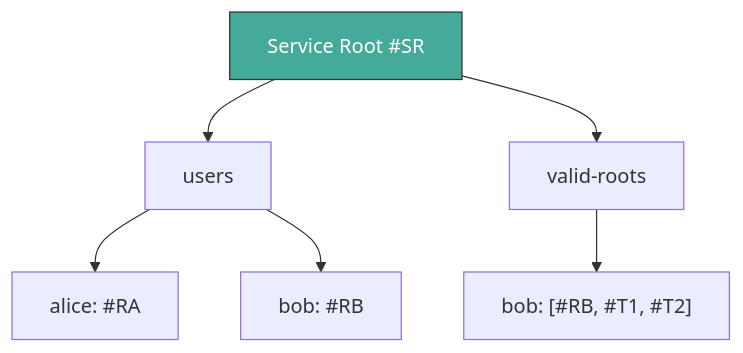
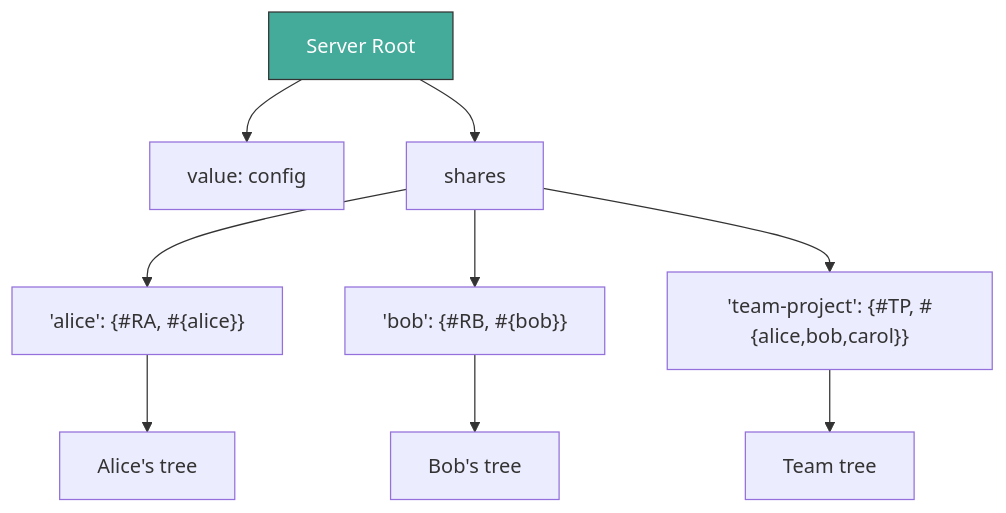
The eighth of 9 diagrams in docs/authorization-design.md (jclaggett/dacite), drawn with Mermaid before and after one commit. The commit also changed other lines of this file, not shown here.

First line of the commit message:
Replace PR model with shares map — unified sharing mechanism (§7)

````diff
--- a/docs/authorization-design.md
+++ b/docs/authorization-design.md
@@ -458,9 +396,12 @@
 ```mermaid
 graph TD
-    SR["Service Root #SR"] --> U["users"]
-    SR --> VR["valid-roots"]
-    U --> AE["alice: #RA"]
-    U --> BE["bob: #RB"]
-    VR --> BT["bob: [#RB, #T1, #T2]"]
+    SR["Server Root"] --> SV["value: config"]
+    SR --> SS["shares"]
+    SS --> SA["'alice': {#RA, #{alice}}"]
+    SS --> SB["'bob': {#RB, #{bob}}"]
+    SS --> ST["'team-project': {#TP, #{alice,bob,carol}}"]
+    SA --> RA["Alice's tree"]
+    SB --> RB["Bob's tree"]
+    ST --> TP["Team tree"]
     style SR fill:#4a9,stroke:#333,color:#fff
 ```
````
